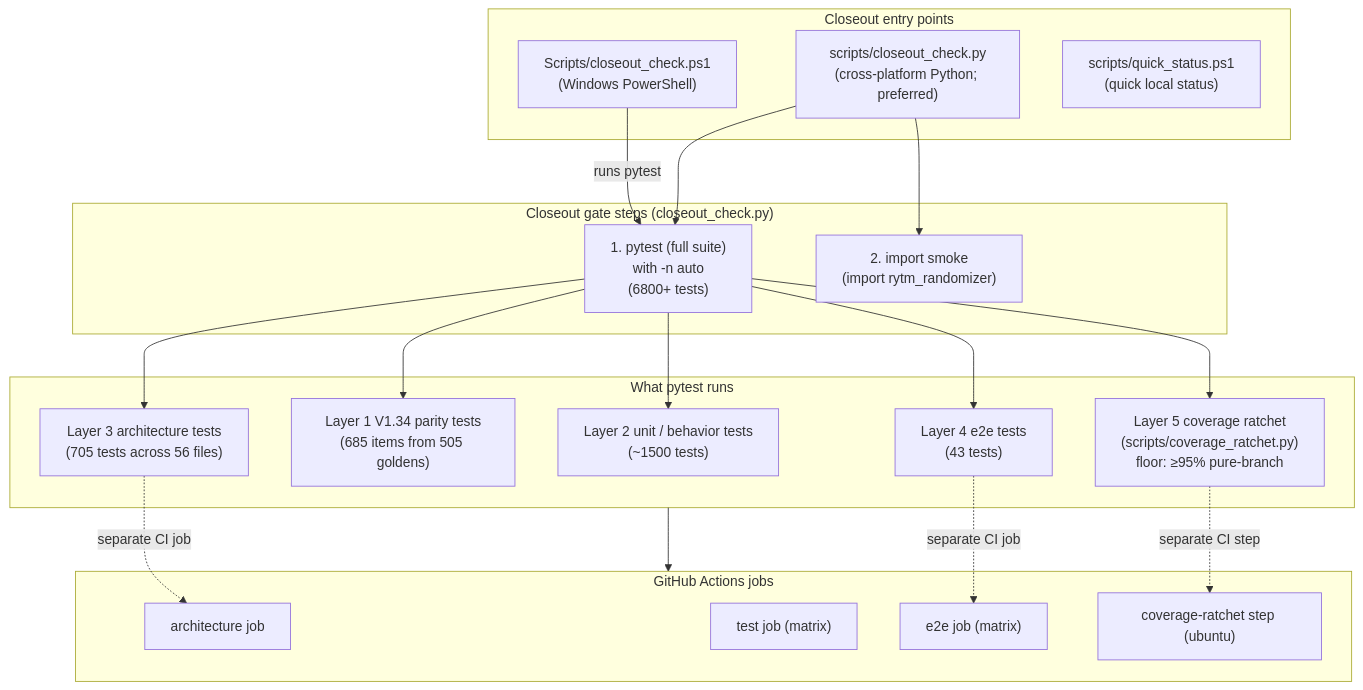
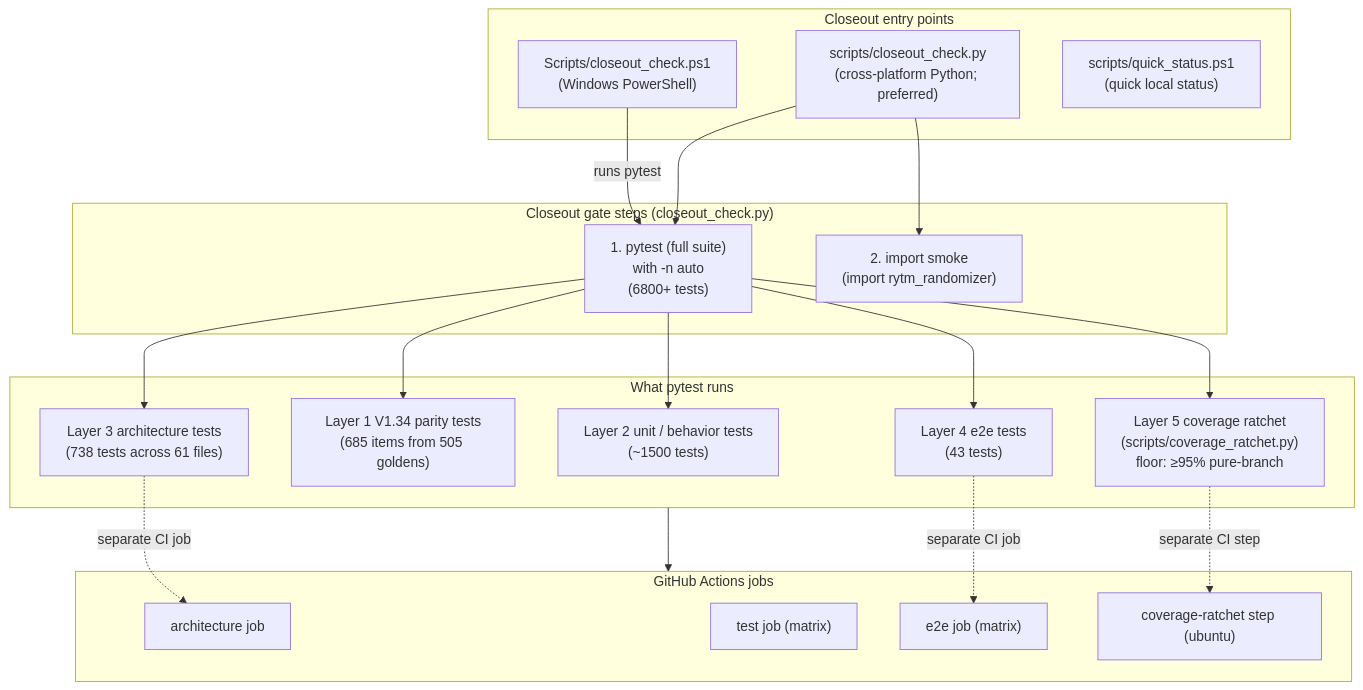
Before and after one commit to buzzijose-hub/RytmRandomizer: diagram 24 of 34 in docs/ARCHITECTURE_DIAGRAMS.md, drawn with Mermaid. The commit also changed other lines of this file and 29 other files, not shown here.

````diff
--- a/docs/ARCHITECTURE_DIAGRAMS.md
+++ b/docs/ARCHITECTURE_DIAGRAMS.md
@@ -1768,43 +1768,43 @@
 ```mermaid
 flowchart TB
     subgraph Entry["Closeout entry points"]
         CloseoutPS1["Scripts/closeout_check.ps1<br/>(Windows PowerShell)"]
         CloseoutPy["scripts/closeout_check.py<br/>(cross-platform Python; preferred)"]
         QuickStatus["scripts/quick_status.ps1<br/>(quick local status)"]
     end
 
     subgraph GateSteps["Closeout gate steps (closeout_check.py)"]
         Step1["1. pytest (full suite)<br/>with -n auto<br/>(6800+ tests)"]
         Step2["2. import smoke<br/>(import rytm_randomizer)"]
     end
 
     subgraph PytestLayers["What pytest runs"]
         PassiveTests["Layer 2 unit / behavior tests<br/>(~1500 tests)"]
         ParityTests["Layer 1 V1.34 parity tests<br/>(685 items from 505 goldens)"]
-        ArchTests["Layer 3 architecture tests<br/>(705 tests across 56 files)"]
+        ArchTests["Layer 3 architecture tests<br/>(738 tests across 61 files)"]
         E2ETests["Layer 4 e2e tests<br/>(43 tests)"]
         CovStep["Layer 5 coverage ratchet<br/>(scripts/coverage_ratchet.py)<br/>floor: ≥95% pure-branch"]
     end
 
     subgraph CIJobs["GitHub Actions jobs"]
         CIArch["architecture job"]
         CITest["test job (matrix)"]
         CIE2E["e2e job (matrix)"]
         CIRatchet["coverage-ratchet step (ubuntu)"]
     end
 
     CloseoutPS1 -->|"runs pytest"| Step1
     CloseoutPy --> Step1
     CloseoutPy --> Step2
 
     Step1 --> PassiveTests
     Step1 --> ParityTests
     Step1 --> ArchTests
     Step1 --> E2ETests
     Step1 --> CovStep
 
     PytestLayers --> CIJobs
     ArchTests -.->|"separate CI job"| CIArch
     E2ETests -.->|"separate CI job"| CIE2E
     CovStep -.->|"separate CI step"| CIRatchet
 ```
````
